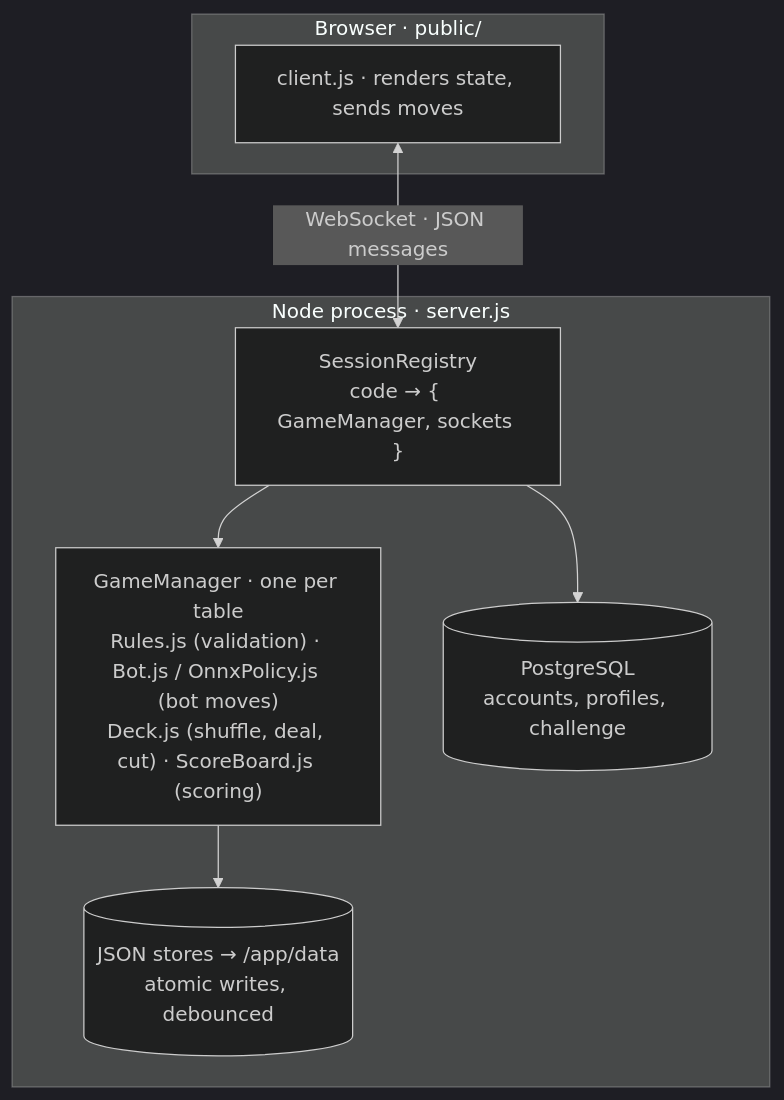
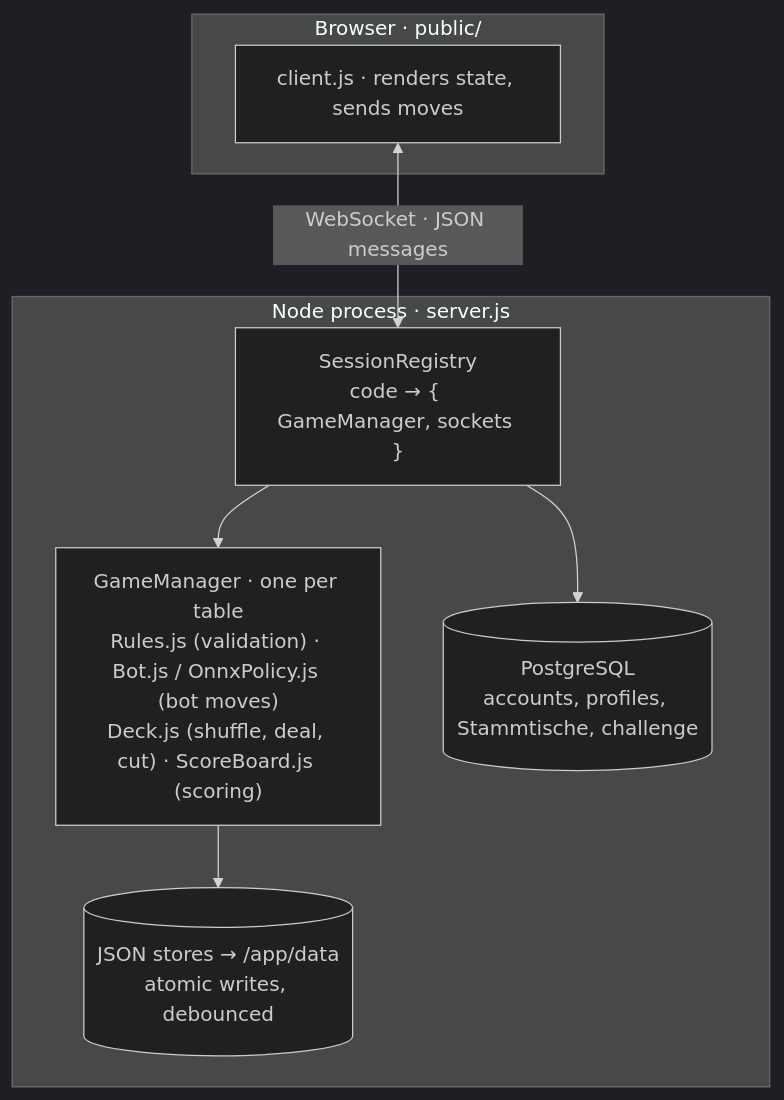
Before and after one commit to floriandeutsch89/pikdame-local: the first of 3 diagrams in docs/developer/architecture.md, drawn with Mermaid (dark theme). The commit also changed other lines of this file and 15 other files, not shown here.

````diff
--- a/docs/developer/architecture.md
+++ b/docs/developer/architecture.md
@@ -5,16 +5,16 @@
 ```mermaid
 flowchart TB
   subgraph browser["Browser · public/"]
     CJ["client.js · renders state, sends moves"]
   end
   subgraph node["Node process · server.js"]
     REG["SessionRegistry<br/>code → { GameManager, sockets }"]
     GM["GameManager · one per table<br/>Rules.js (validation) · Bot.js / OnnxPolicy.js (bot moves)<br/>Deck.js (shuffle, deal, cut) · ScoreBoard.js (scoring)"]
     STORES[("JSON stores → /app/data<br/>atomic writes, debounced")]
-    ACC[("PostgreSQL<br/>accounts, profiles, challenge")]
+    ACC[("PostgreSQL<br/>accounts, profiles, Stammtische, challenge")]
     REG --> GM
     GM --> STORES
     REG --> ACC
   end
   CJ <-- "WebSocket · JSON messages" --> REG
 ```
````
